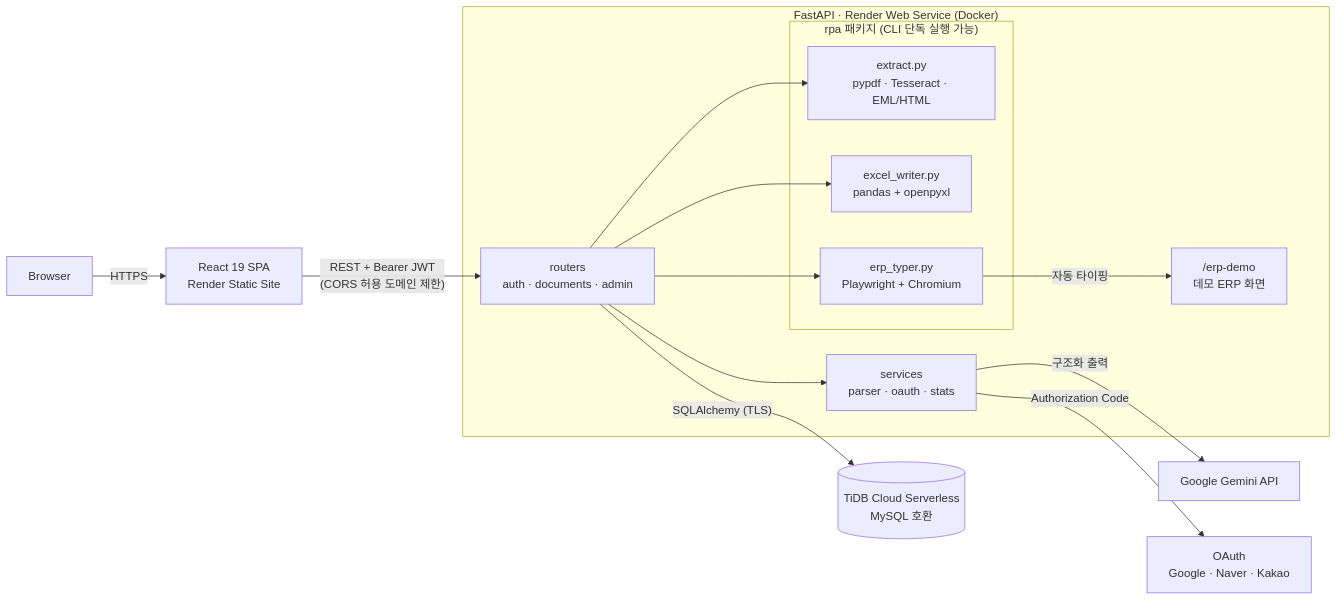
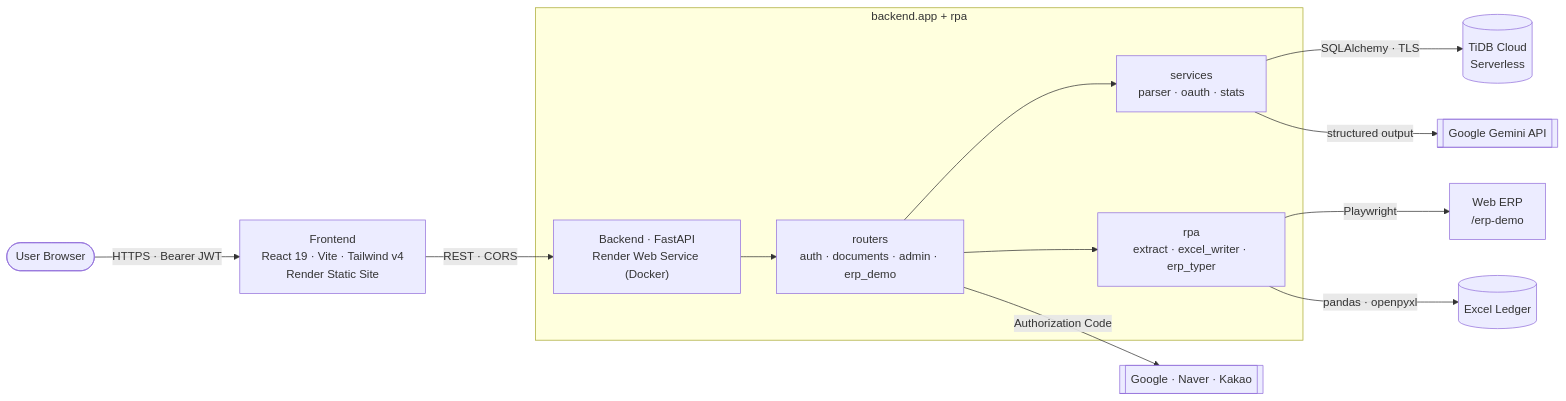
Before and after one commit to fsclass-n/datapick: the first of 2 diagrams in readme.md, drawn with Mermaid. The commit also changed other lines of this file and 1 other file, not shown here.

````diff
--- a/readme.md
+++ b/readme.md
@@ -115,25 +108,15 @@
 ```mermaid
 flowchart LR
-    U["Browser"] -->|HTTPS| FE["React 19 SPA<br/>Render Static Site"]
-    FE -->|"REST + Bearer JWT<br/>(CORS 허용 도메인 제한)"| API
-
-    subgraph BE["FastAPI · Render Web Service (Docker)"]
-        API["routers<br/>auth · documents · admin"]
-        SVC["services<br/>parser · oauth · stats"]
-        subgraph RPA["rpa 패키지 (CLI 단독 실행 가능)"]
-            EX["extract.py<br/>pypdf · Tesseract · EML/HTML"]
-            XL["excel_writer.py<br/>pandas + openpyxl"]
-            TY["erp_typer.py<br/>Playwright + Chromium"]
-        end
-        ERP["/erp-demo<br/>데모 ERP 화면"]
-        API --> SVC
-        API --> EX
-        API --> XL
-        API --> TY
-        TY -->|자동 타이핑| ERP
+    U([User Browser]) -- HTTPS · Bearer JWT --> FE["Frontend<br/>React 19 · Vite · Tailwind v4<br/>Render Static Site"]
+    FE -- REST · CORS --> API["Backend · FastAPI<br/>Render Web Service (Docker)"]
+    subgraph API_BOX [backend.app + rpa]
+        API --> R1[routers<br/>auth · documents · admin · erp_demo]
+        R1 --> S1[services<br/>parser · oauth · stats]
+        R1 --> RPA[rpa<br/>extract · excel_writer · erp_typer]
     end
-
-    SVC -->|구조화 출력| GM["Google Gemini API"]
-    SVC -->|Authorization Code| OA["OAuth<br/>Google · Naver · Kakao"]
-    API -->|"SQLAlchemy (TLS)"| DB[("TiDB Cloud Serverless<br/>MySQL 호환")]
+    S1 -- SQLAlchemy · TLS --> DB[(TiDB Cloud<br/>Serverless)]
+    S1 -- structured output --> LLM[[Google Gemini API]]
+    R1 -- Authorization Code --> OA[[Google · Naver · Kakao]]
+    RPA -- Playwright --> ERP[Web ERP<br/>/erp-demo]
+    RPA -- pandas · openpyxl --> XL[(Excel Ledger)]
 ```
````
